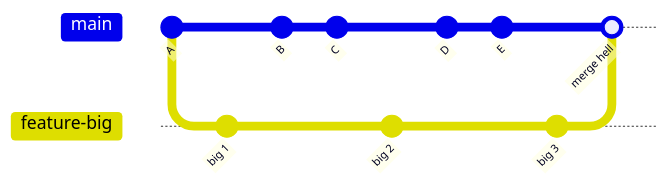
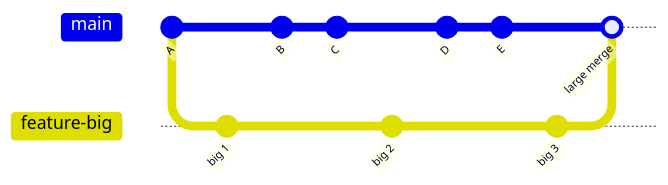
Before and after one commit to johankees/software-engineering-tutor: the first of 4 diagrams in docs/delivery/trunk-based-development.md, drawn with Mermaid. The commit also changed other lines of this file and 118 other files, not shown here.

````diff
--- a/docs/delivery/trunk-based-development.md
+++ b/docs/delivery/trunk-based-development.md
@@ -24,18 +24,18 @@
 ```mermaid
 gitGraph
     commit id: "A"
     branch feature-big
     commit id: "big 1"
     checkout main
     commit id: "B"
     commit id: "C"
     checkout feature-big
     commit id: "big 2"
     checkout main
     commit id: "D"
     commit id: "E"
     checkout feature-big
     commit id: "big 3"
     checkout main
-    merge feature-big id: "merge hell"
+    merge feature-big id: "large merge"
 ```
````
